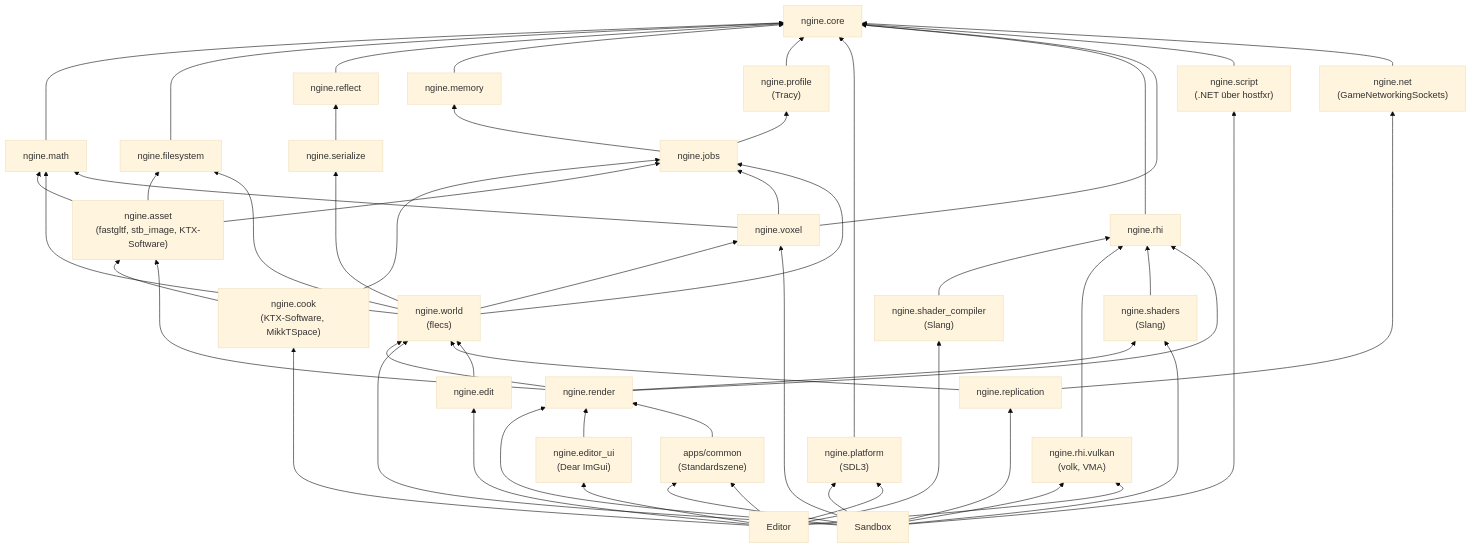
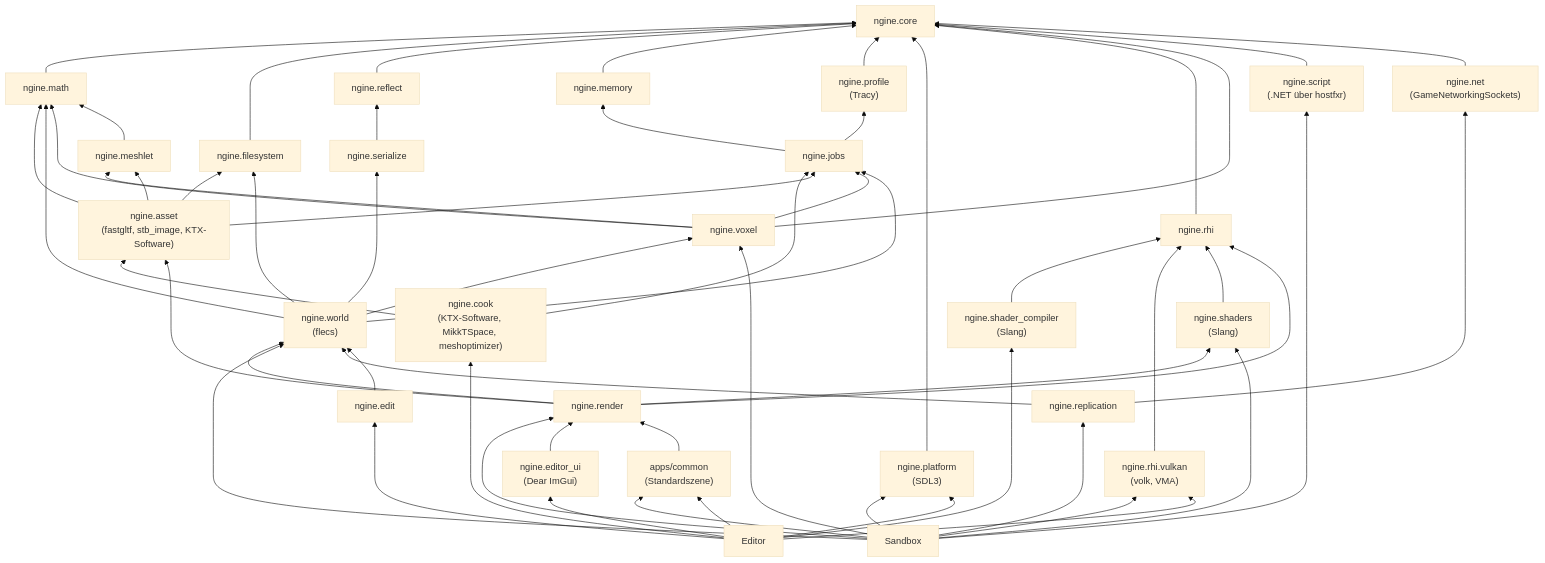
Before and after one commit to viiez/ngine: the second of 17 diagrams in docs/architecture.md, drawn with Mermaid (base theme). The commit also changed other lines of this file and 9 other files, not shown here.

```diff
--- a/docs/architecture.md
+++ b/docs/architecture.md
@@ -67,6 +68,7 @@
     serialize["ngine.serialize"]
     world["ngine.world<br/>(flecs)"]
     voxel["ngine.voxel"]
+    meshlet["ngine.meshlet"]
     script["ngine.script<br/>(.NET über hostfxr)"]
     net["ngine.net<br/>(GameNetworkingSockets)"]
     replication["ngine.replication"]
@@ -78,7 +80,7 @@
     math["ngine.math"]
     render["ngine.render"]
     asset["ngine.asset<br/>(fastgltf, stb_image, KTX-Software)"]
-    cook["ngine.cook<br/>(KTX-Software, MikkTSpace)"]
+    cook["ngine.cook<br/>(KTX-Software, MikkTSpace, meshoptimizer)"]
     cook --> asset
     cook --> jobs
     editor --> cook
@@ -94,6 +96,9 @@
     render --> shaders
     world --> math
     voxel --> math
+    voxel --> meshlet
+    meshlet --> math
+    asset --> meshlet
     voxel --> jobs
     world --> voxel
     fs --> core
```
